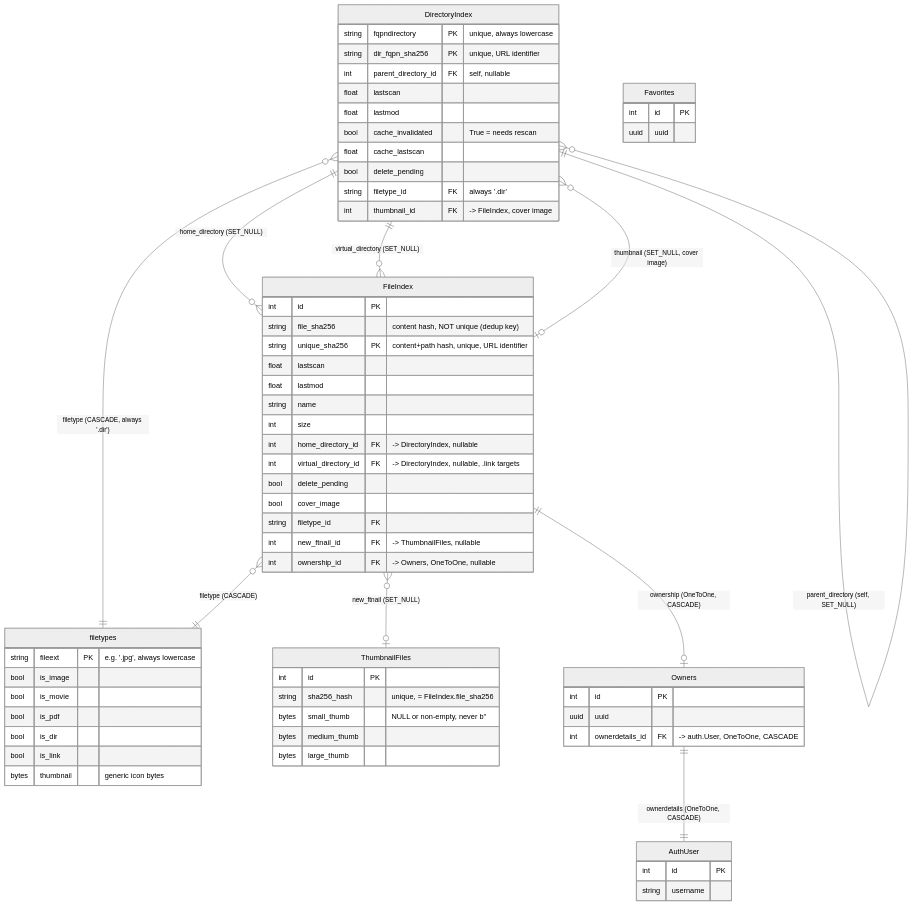
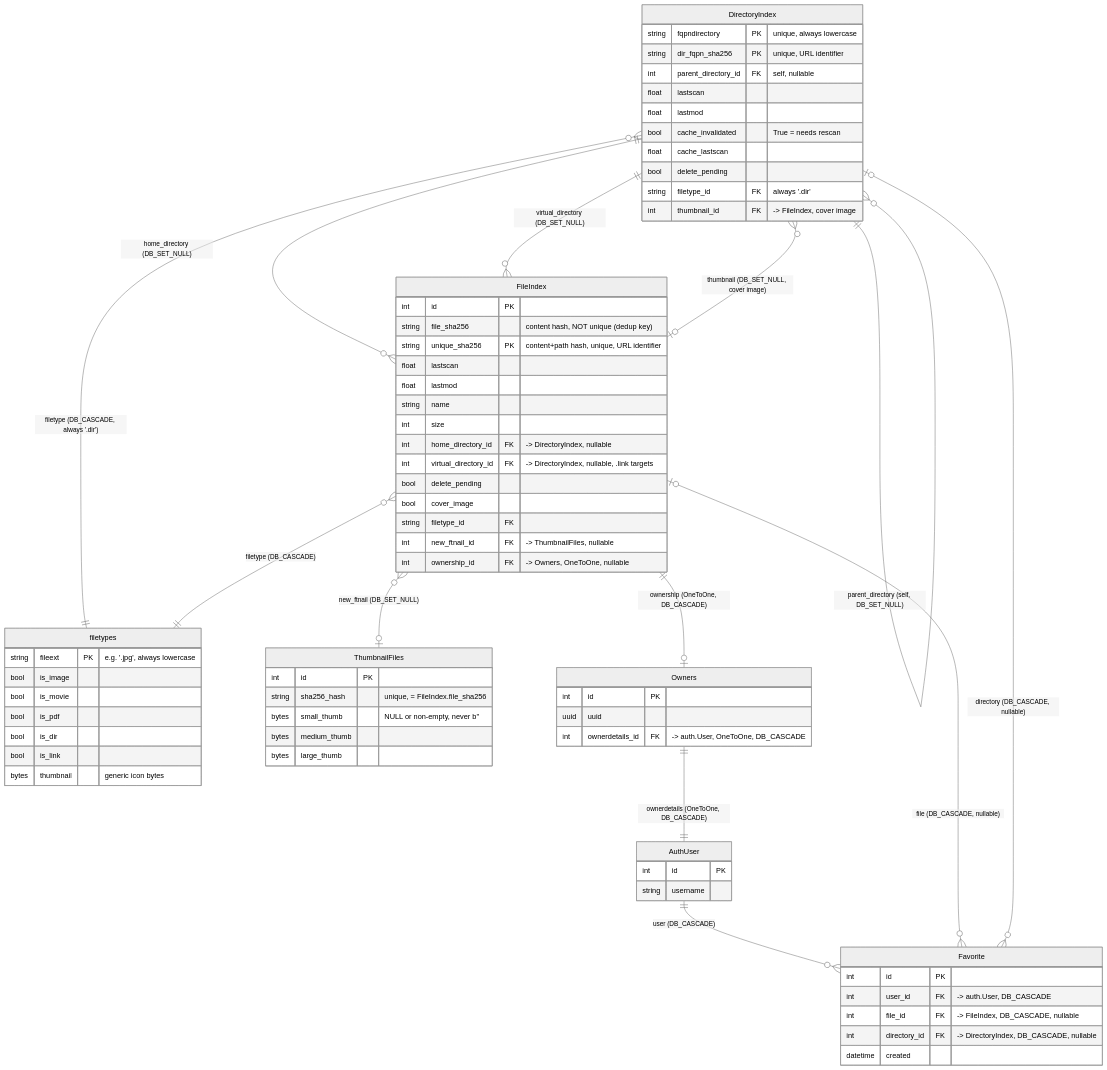
The diagram in docs/design documents/quickbbs_erd.md (bschollnick/QuickBBS), drawn with Mermaid (neutral theme) before and after one commit. The commit also changed other lines of this file and 99 other files, not shown here.

````diff
--- a/docs/design documents/quickbbs_erd.md
+++ b/docs/design documents/quickbbs_erd.md
@@ -21,16 +24,20 @@
 ```mermaid
 erDiagram
-    DirectoryIndex ||--o{ DirectoryIndex : "parent_directory (self, SET_NULL)"
-    DirectoryIndex ||--o{ FileIndex : "home_directory (SET_NULL)"
-    DirectoryIndex ||--o{ FileIndex : "virtual_directory (SET_NULL)"
-    DirectoryIndex }o--|| filetypes : "filetype (CASCADE, always '.dir')"
-    DirectoryIndex }o--o| FileIndex : "thumbnail (SET_NULL, cover image)"
+    DirectoryIndex ||--o{ DirectoryIndex : "parent_directory (self, DB_SET_NULL)"
+    DirectoryIndex ||--o{ FileIndex : "home_directory (DB_SET_NULL)"
+    DirectoryIndex ||--o{ FileIndex : "virtual_directory (DB_SET_NULL)"
+    DirectoryIndex }o--|| filetypes : "filetype (DB_CASCADE, always '.dir')"
+    DirectoryIndex }o--o| FileIndex : "thumbnail (DB_SET_NULL, cover image)"
 
-    FileIndex }o--|| filetypes : "filetype (CASCADE)"
-    FileIndex }o--o| ThumbnailFiles : "new_ftnail (SET_NULL)"
-    FileIndex ||--o| Owners : "ownership (OneToOne, CASCADE)"
+    FileIndex }o--|| filetypes : "filetype (DB_CASCADE)"
+    FileIndex }o--o| ThumbnailFiles : "new_ftnail (DB_SET_NULL)"
+    FileIndex ||--o| Owners : "ownership (OneToOne, DB_CASCADE)"
 
-    Owners ||--|| AuthUser : "ownerdetails (OneToOne, CASCADE)"
+    Owners ||--|| AuthUser : "ownerdetails (OneToOne, DB_CASCADE)"
+
+    AuthUser ||--o{ Favorite : "user (DB_CASCADE)"
+    FileIndex |o--o{ Favorite : "file (DB_CASCADE, nullable)"
+    DirectoryIndex |o--o{ Favorite : "directory (DB_CASCADE, nullable)"
 
     DirectoryIndex {
         string fqpndirectory PK "unique, always lowercase"
@@ -83,12 +90,15 @@
     Owners {
         int id PK
         uuid uuid
-        int ownerdetails_id FK "-> auth.User, OneToOne, CASCADE"
+        int ownerdetails_id FK "-> auth.User, OneToOne, DB_CASCADE"
     }
 
-    Favorites {
+    Favorite {
         int id PK
-        uuid uuid
+        int user_id FK "-> auth.User, DB_CASCADE"
+        int file_id FK "-> FileIndex, DB_CASCADE, nullable"
+        int directory_id FK "-> DirectoryIndex, DB_CASCADE, nullable"
+        datetime created
     }
 
     AuthUser {
````
